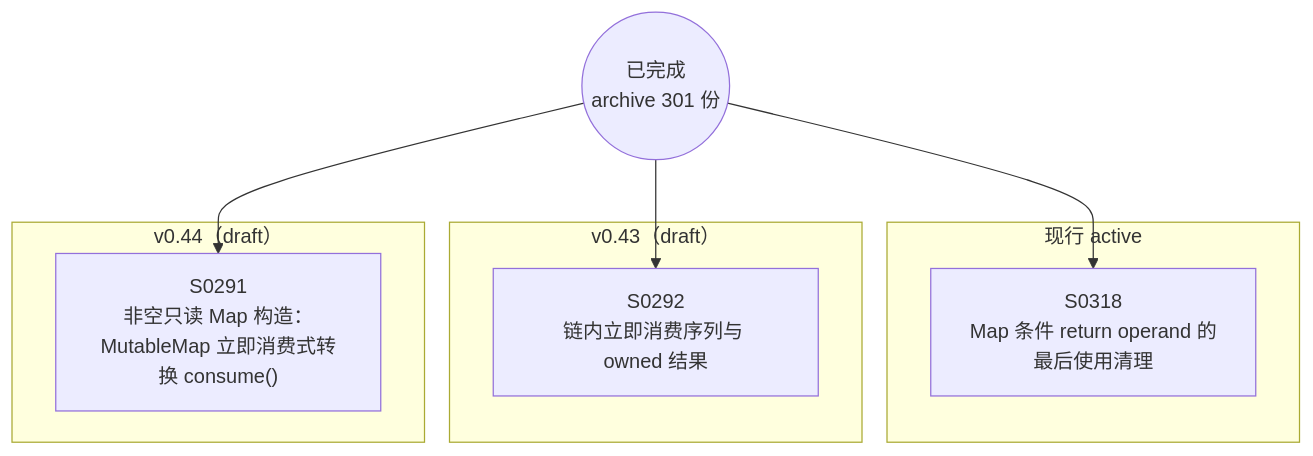
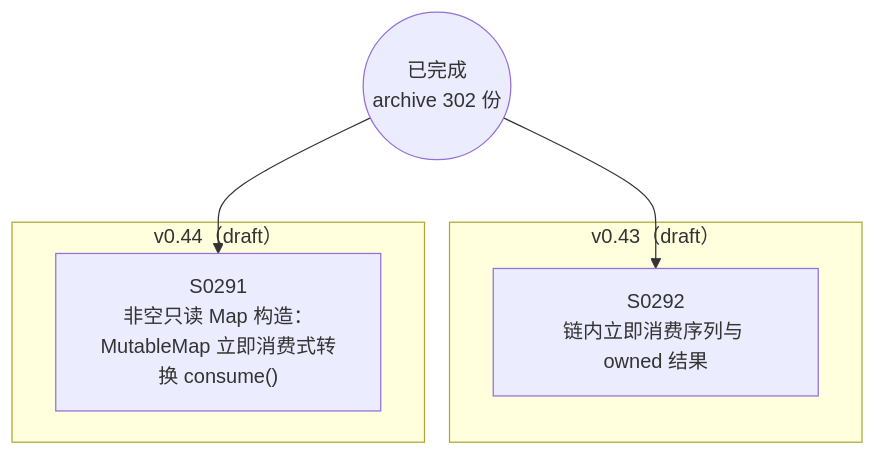
Before and after one commit to Halckon/Koven: the diagram in docs/specs/dependency-graph.md, drawn with Mermaid. The commit also changed other lines of this file and 8 other files, not shown here.

Commit message:
docs(spec-0318): archive verified Map operand last-use slice

````diff
--- a/docs/specs/dependency-graph.md
+++ b/docs/specs/dependency-graph.md
@@ -9,16 +9,12 @@
 ```mermaid
 flowchart TD
-ARCH(("已完成<br/>archive 301 份"))
-subgraph Gactive["现行 active"]
-  S0318["S0318<br/>Map 条件 return operand 的最后使用清理"]
-end
+ARCH(("已完成<br/>archive 302 份"))
 subgraph Gdrafts_v043["v0.43（draft）"]
   S0292["S0292<br/>链内立即消费序列与 owned 结果"]
 end
 subgraph Gdrafts_v044["v0.44（draft）"]
   S0291["S0291<br/>非空只读 Map 构造：MutableMap 立即消费式转换 consume()"]
 end
 ARCH --> S0291
 ARCH --> S0292
-ARCH --> S0318
 ```
````
